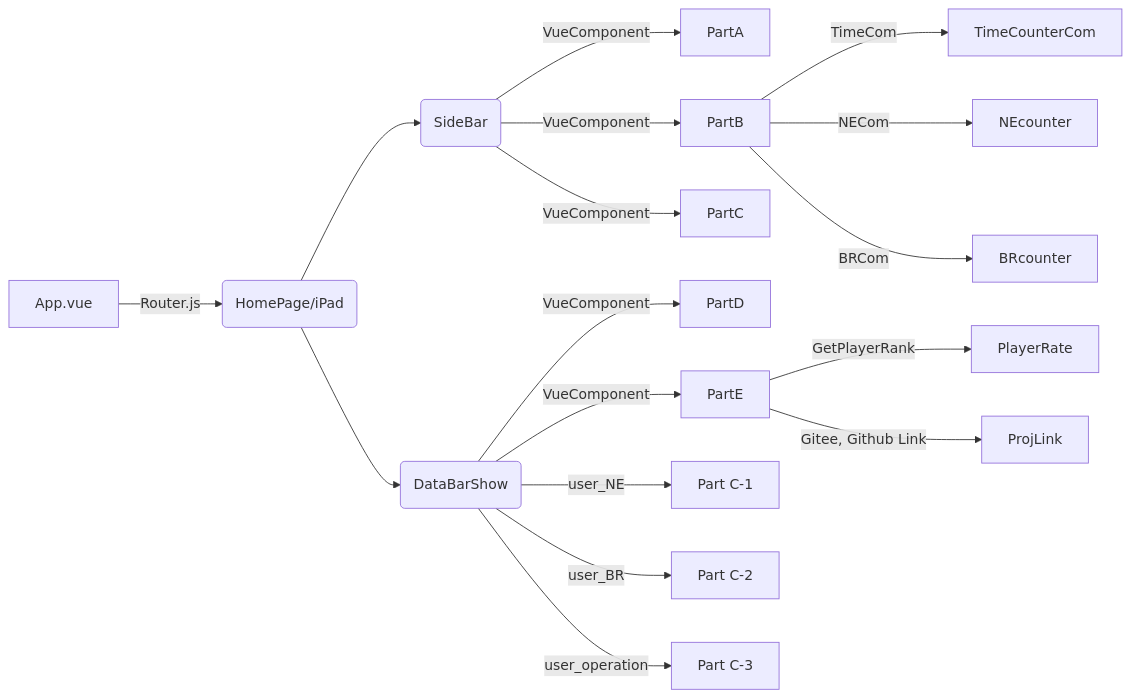
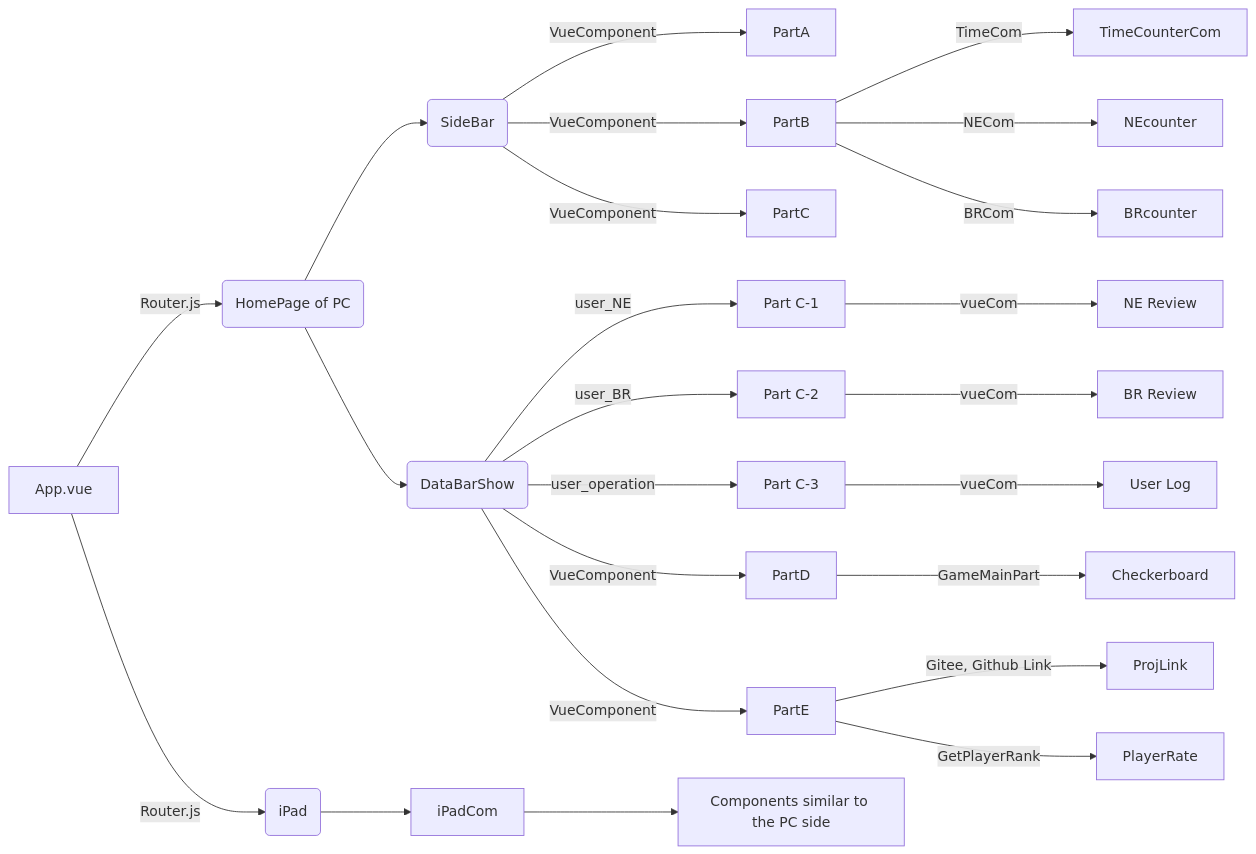
Before and after one commit to QianZeHao123/Nashsweeper: the first of 2 diagrams in README.md, drawn with Mermaid. The commit also changed other lines of this file, not shown here.

Commit message:
update backend processing sequence

````diff
--- a/README.md
+++ b/README.md
@@ -59,19 +59,26 @@
 ```mermaid
 graph LR
-App[App.vue]--Router.js-->HomePage(HomePage/iPad)
+App[App.vue]--Router.js-->HomePage(HomePage of PC)
 HomePage-->SideBar(SideBar)
 HomePage-->DataBarShow(DataBarShow)
 SideBar--VueComponent-->PartA[PartA]
 SideBar--VueComponent-->PartB[PartB]
+PartB--TimeCom-->TimeCounterCom
+PartB--NECom-->NEcounter
+PartB--BRCom-->BRcounter
 SideBar--VueComponent-->PartC[PartC]
-DataBarShow--VueComponent-->PartD[PartD]
-DataBarShow--VueComponent-->PartE[PartE]
 DataBarShow--user_NE-->PartC-1[Part C-1]
 DataBarShow--user_BR-->PartC-2[Part C-2]
 DataBarShow--user_operation-->PartC-3[Part C-3]
-PartB--TimeCom-->TimeCounterCom
-PartB--NECom-->NEcounter
-PartB--BRCom-->BRcounter
+DataBarShow--VueComponent-->PartD[PartD]
+PartD--GameMainPart-->Checkerboard[Checkerboard]
+DataBarShow--VueComponent-->PartE[PartE]
+PartE--Gitee, Github Link-->ProjLink
 PartE--GetPlayerRank-->PlayerRate
-PartE--Gitee, Github Link-->ProjLink
+PartC-1--vueCom-->NEReview[NE Review]
+PartC-2--vueCom-->BRReview[BR Review]
+PartC-3--vueCom-->UserLog[User Log]
+App--Router.js-->iPad(iPad)
+iPad-->iPadCom[iPadCom]
+iPadCom-->ComList[Components similar to the PC side]
 ```
````
